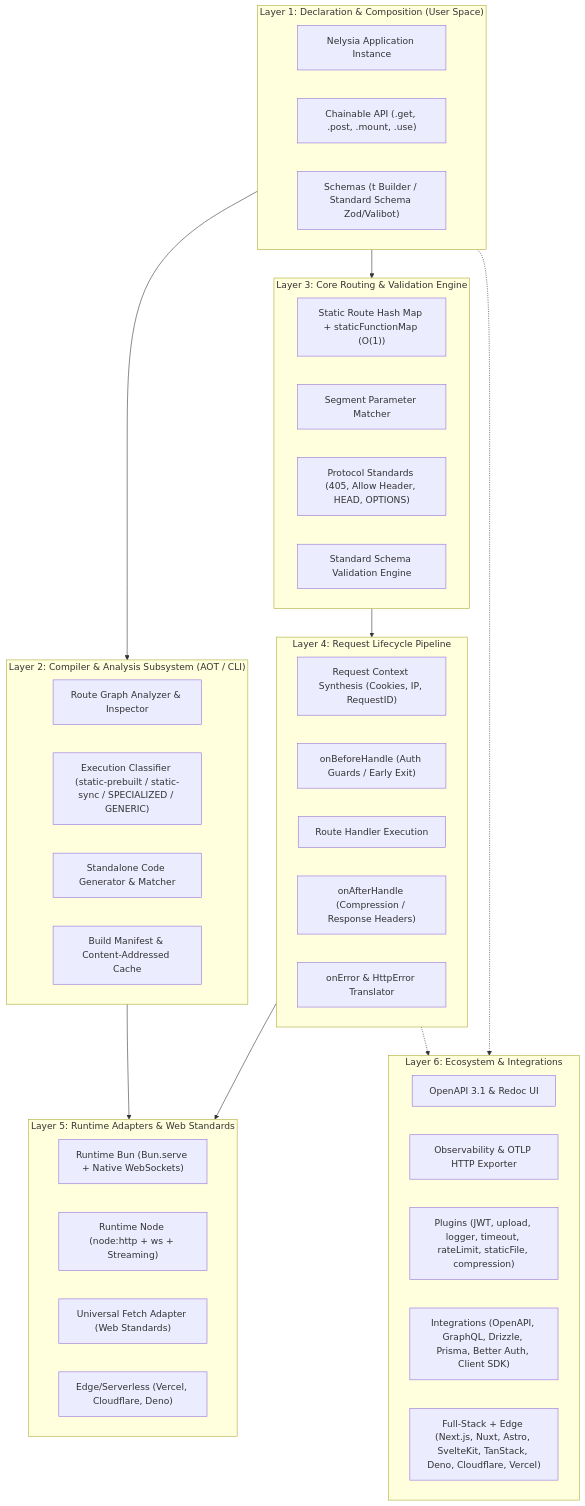
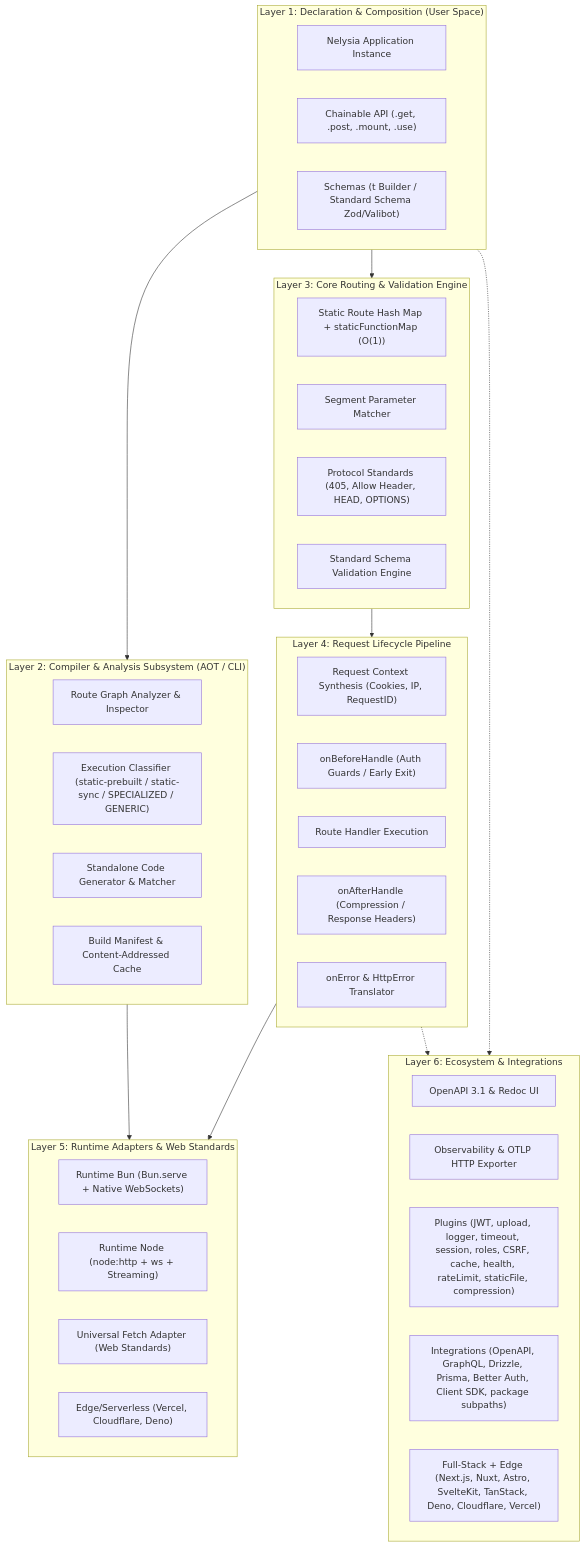
Before and after one commit to ASTOHACKER/nelysia: the first of 3 diagrams in docs/ARCHITECTURE.md, drawn with Mermaid. The commit also changed other lines of this file and 56 other files, not shown here.

````diff
--- a/docs/ARCHITECTURE.md
+++ b/docs/ARCHITECTURE.md
@@ -11,53 +11,53 @@
 ```mermaid
 graph TD
     subgraph L1["Layer 1: Declaration & Composition (User Space)"]
         App["Nelysia Application Instance"]
         RouterAPI["Chainable API (.get, .post, .mount, .use)"]
         Schemas["Schemas (t Builder / Standard Schema Zod/Valibot)"]
     end
 
     subgraph L2["Layer 2: Compiler & Analysis Subsystem (AOT / CLI)"]
         Inspector["Route Graph Analyzer & Inspector"]
         Classifier["Execution Classifier (static-prebuilt / static-sync / SPECIALIZED / GENERIC)"]
         Codegen["Standalone Code Generator & Matcher"]
         Manifest["Build Manifest & Content-Addressed Cache"]
     end
 
     subgraph L3["Layer 3: Core Routing & Validation Engine"]
         StaticMap["Static Route Hash Map + staticFunctionMap (O(1))"]
         ParamMatcher["Segment Parameter Matcher"]
         MethodGuard["Protocol Standards (405, Allow Header, HEAD, OPTIONS)"]
         ValidatorEngine["Standard Schema Validation Engine"]
     end
 
     subgraph L4["Layer 4: Request Lifecycle Pipeline"]
         ContextAlloc["Request Context Synthesis (Cookies, IP, RequestID)"]
         BeforeHooks["onBeforeHandle (Auth Guards / Early Exit)"]
         HandlerExec["Route Handler Execution"]
         AfterHooks["onAfterHandle (Compression / Response Headers)"]
         ErrorPipeline["onError & HttpError Translator"]
     end
 
     subgraph L5["Layer 5: Runtime Adapters & Web Standards"]
         BunAdapter["Runtime Bun (Bun.serve + Native WebSockets)"]
         NodeAdapter["Runtime Node (node:http + ws + Streaming)"]
         FetchAdapter["Universal Fetch Adapter (Web Standards)"]
         EdgeAdapters["Edge/Serverless (Vercel, Cloudflare, Deno)"]
     end
 
     subgraph L6["Layer 6: Ecosystem & Integrations"]
         OpenAPI["OpenAPI 3.1 & Redoc UI"]
         Telemetry["Observability & OTLP HTTP Exporter"]
-        Plugins["Plugins (JWT, upload, logger, timeout, rateLimit, staticFile, compression)"]
-        Integrations["Integrations (OpenAPI, GraphQL, Drizzle, Prisma, Better Auth, Client SDK)"]
+        Plugins["Plugins (JWT, upload, logger, timeout, session, roles, CSRF, cache, health, rateLimit, staticFile, compression)"]
+        Integrations["Integrations (OpenAPI, GraphQL, Drizzle, Prisma, Better Auth, Client SDK, package subpaths)"]
         Frameworks["Full-Stack + Edge (Next.js, Nuxt, Astro, SvelteKit, TanStack, Deno, Cloudflare, Vercel)"]
     end
 
     L1 --> L2
     L1 --> L3
     L2 --> L5
     L3 --> L4
     L4 --> L5
     L1 -.-> L6
     L4 -.-> L6
 ```
````
